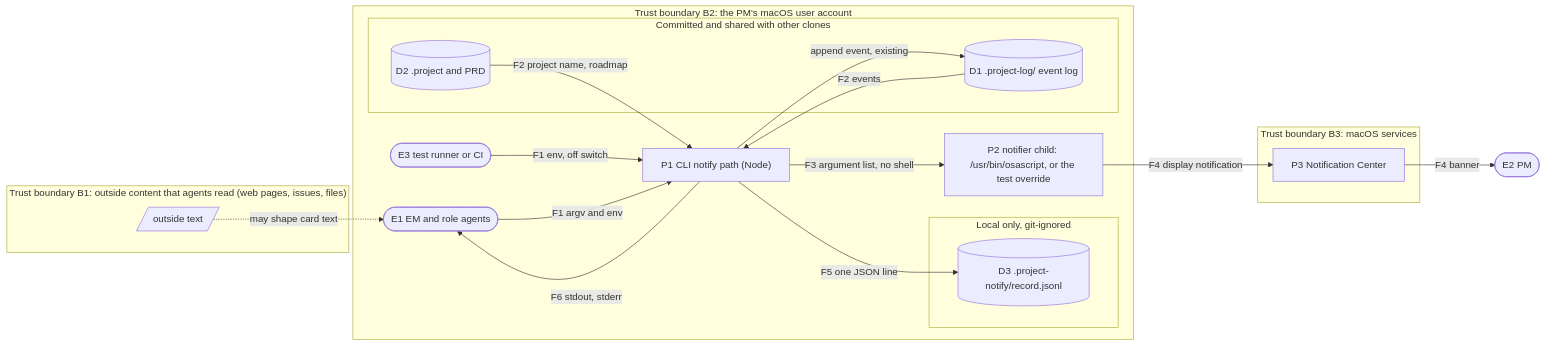
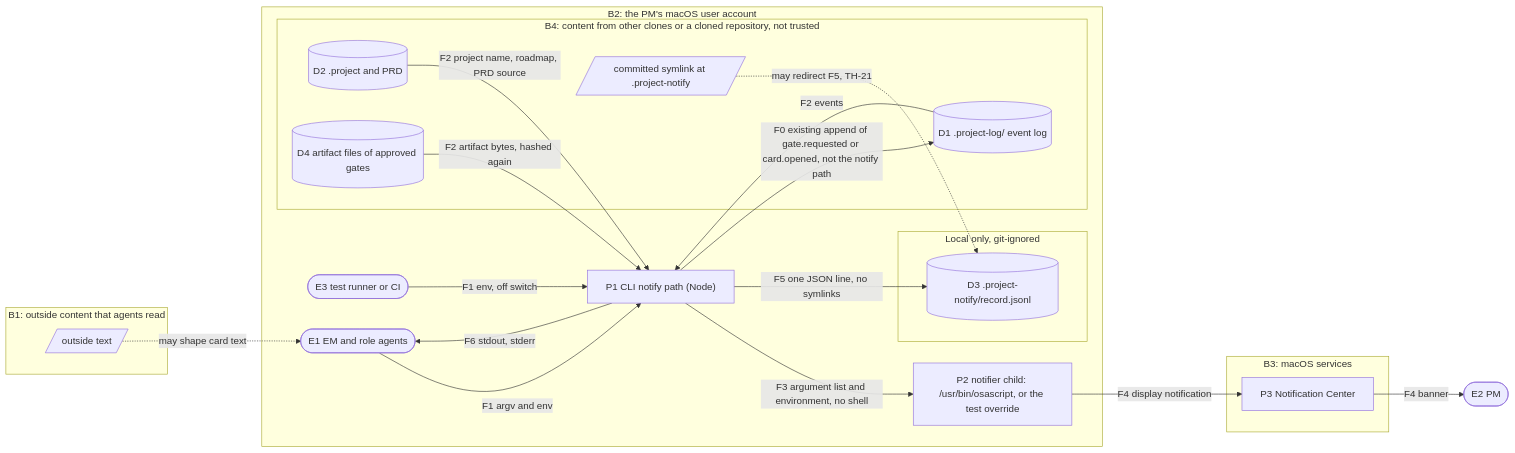
One commit to QuantumWars/project-companion changed the diagram in specs/decision-alerts/threat-model.md. Above: the diagram before and after it, drawn with Mermaid. The commit also changed other lines of this file and 2 other files, not shown here.

````diff
--- a/specs/decision-alerts/threat-model.md
+++ b/specs/decision-alerts/threat-model.md
@@ -16,34 +25,38 @@
 ```mermaid
 flowchart LR
-    subgraph untrusted["Trust boundary B1: outside content that agents read (web pages, issues, files)"]
+    subgraph b1["B1: outside content that agents read"]
       SRC[/outside text/]
     end
-    subgraph user["Trust boundary B2: the PM's macOS user account"]
+    subgraph b2["B2: the PM's macOS user account"]
       E1([E1 EM and role agents])
       E3([E3 test runner or CI])
       P1["P1 CLI notify path (Node)"]
-      subgraph repo["Committed and shared with other clones"]
+      subgraph b4["B4: content from other clones or a cloned repository, not trusted"]
         D1[("D1 .project-log/ event log")]
         D2[(D2 .project and PRD)]
+        D4[(D4 artifact files of approved gates)]
+        SYM[/committed symlink at .project-notify/]
       end
       subgraph local["Local only, git-ignored"]
         D3[(D3 .project-notify/record.jsonl)]
       end
       P2["P2 notifier child: /usr/bin/osascript, or the test override"]
     end
-    subgraph os["Trust boundary B3: macOS services"]
+    subgraph b3["B3: macOS services"]
       P3["P3 Notification Center"]
     end
     E2([E2 PM])
     SRC -.->|"may shape card text"| E1
     E1 -->|"F1 argv and env"| P1
     E3 -->|"F1 env, off switch"| P1
+    P1 -->|"F0 existing append of gate.requested or card.opened, not the notify path"| D1
     D1 -->|"F2 events"| P1
-    D2 -->|"F2 project name, roadmap"| P1
-    P1 -->|"append event, existing"| D1
-    P1 -->|"F3 argument list, no shell"| P2
+    D2 -->|"F2 project name, roadmap, PRD source"| P1
+    D4 -->|"F2 artifact bytes, hashed again"| P1
+    SYM -.->|"may redirect F5, TH-21"| D3
+    P1 -->|"F3 argument list and environment, no shell"| P2
     P2 -->|"F4 display notification"| P3
     P3 -->|"F4 banner"| E2
-    P1 -->|"F5 one JSON line"| D3
+    P1 -->|"F5 one JSON line, no symlinks"| D3
     P1 -->|"F6 stdout, stderr"| E1
 ```
````
